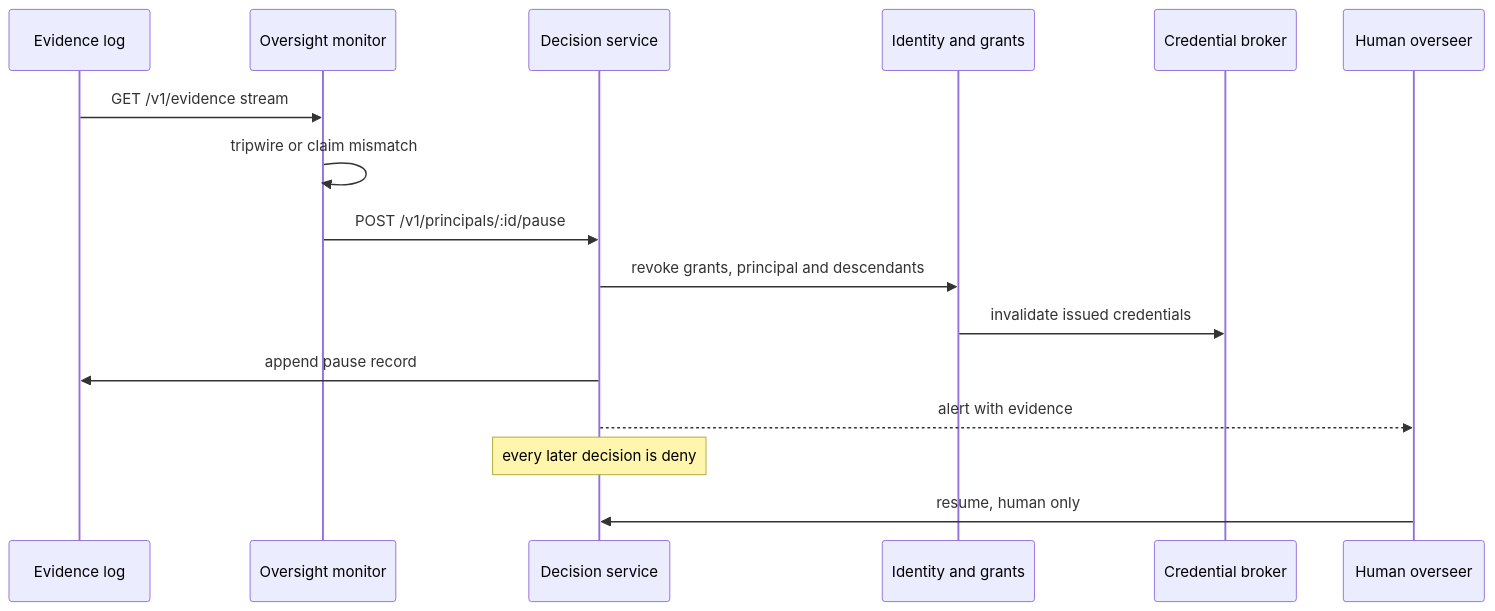
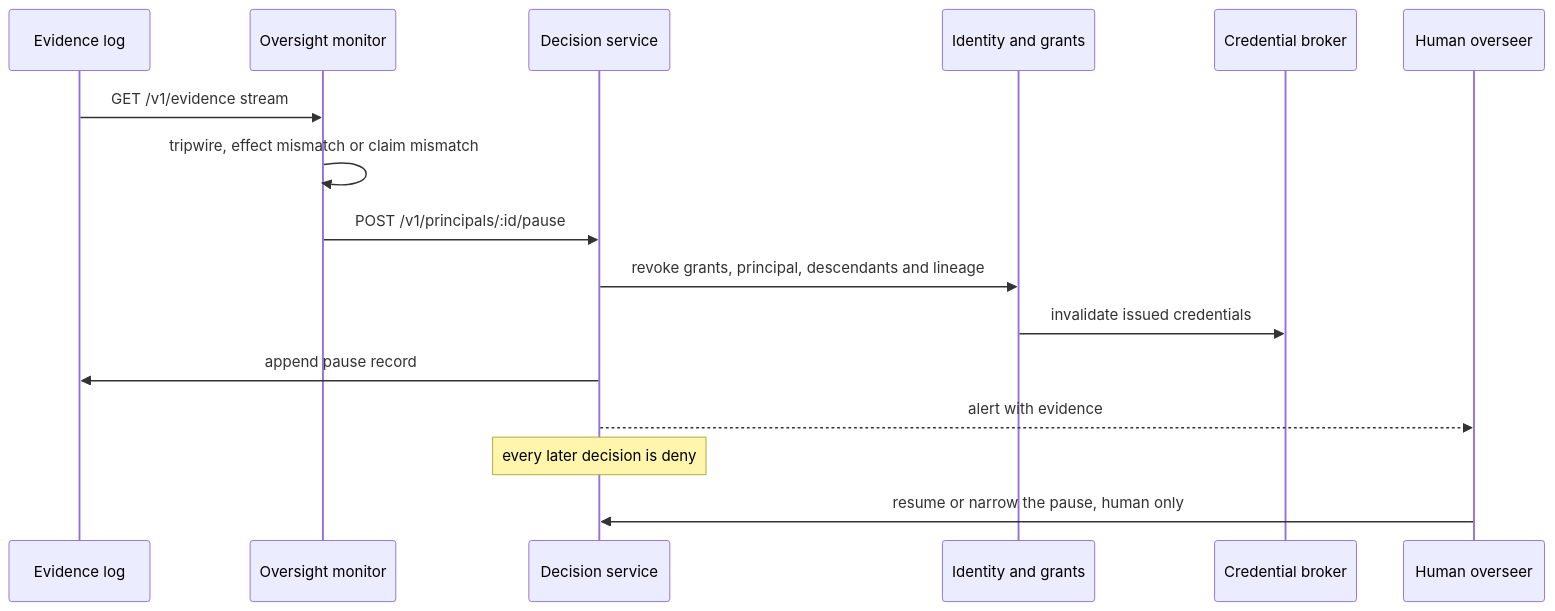
Diagram 11 of 12 in proposal/technical-implementation.md (21st-century-pluribus/intelligent-systems-charter), drawn with Mermaid before and after one commit. The commit also changed other lines of this file and 4 other files, not shown here.

````diff
--- a/proposal/technical-implementation.md
+++ b/proposal/technical-implementation.md
@@ -385,18 +745,18 @@
 ```mermaid
 sequenceDiagram
   participant L as Evidence log
   participant M as Oversight monitor
   participant D as Decision service
   participant I as Identity and grants
   participant B as Credential broker
   participant H as Human overseer
   L->>M: GET /v1/evidence stream
-  M->>M: tripwire or claim mismatch
+  M->>M: tripwire, effect mismatch or claim mismatch
   M->>D: POST /v1/principals/:id/pause
-  D->>I: revoke grants, principal and descendants
+  D->>I: revoke grants, principal, descendants and lineage
   I->>B: invalidate issued credentials
   D->>L: append pause record
   D-->>H: alert with evidence
   Note over D: every later decision is deny
-  H->>D: resume, human only
+  H->>D: resume or narrow the pause, human only
 ```
````
